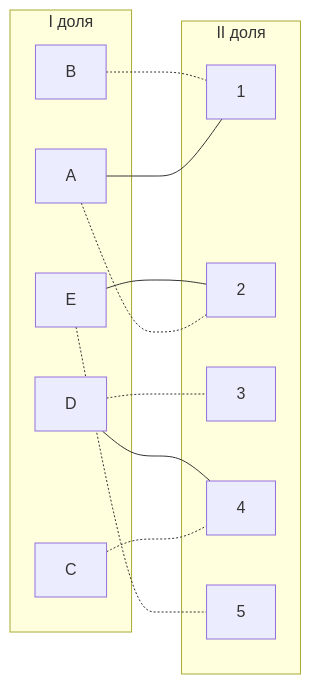
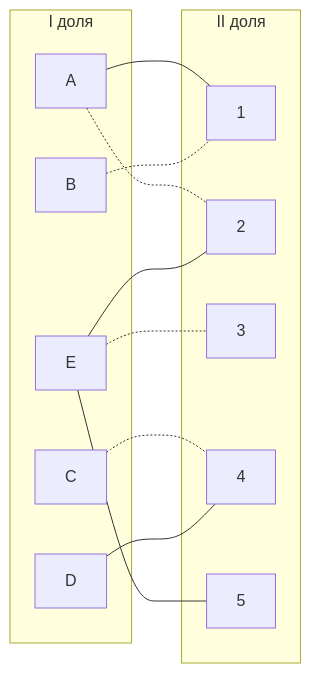
The second of 10 diagrams in task_13/AlgoWizards.md (HSE-algo-23-owl/manual_tasks), drawn with Mermaid before and after one commit. The commit also changed other lines of this file, not shown here.

````diff
--- a/task_13/AlgoWizards.md
+++ b/task_13/AlgoWizards.md
@@ -80,25 +80,25 @@
 ```mermaid
 graph LR
     subgraph "I доля"
         A[A]
         B[B]
         C[C]
         D[D]
         E[E]
     end
     subgraph "II доля"
         1[1]
         2[2]
         3[3]
         4[4]
         5[5]
     end
     A --- 1
     B -.- 1
     A -.- 2
     E --- 2
-    D -.- 3
+    E -.- 3
     C -.- 4
     D --- 4
-    E -.- 5
+    E --- 5
 ```
````
